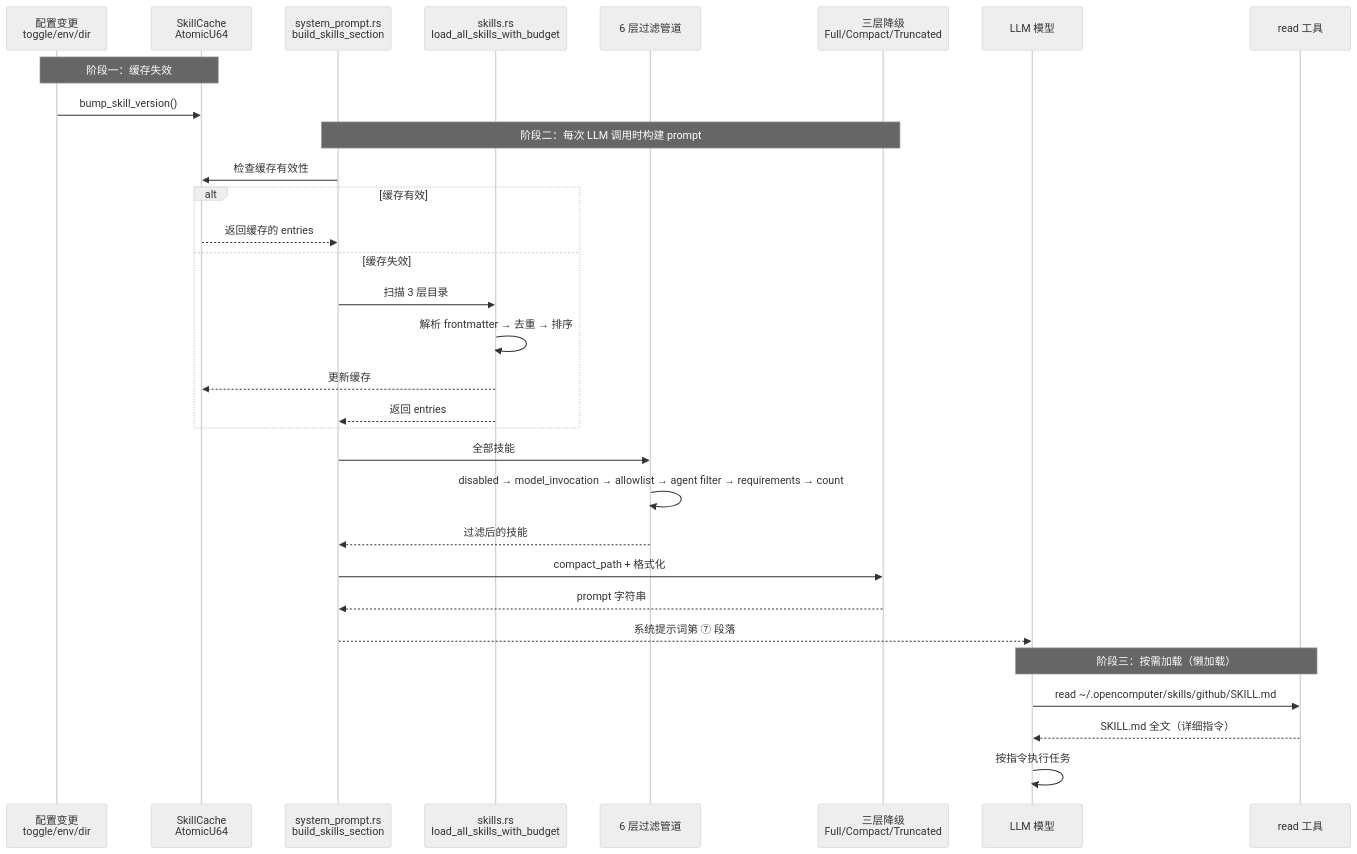
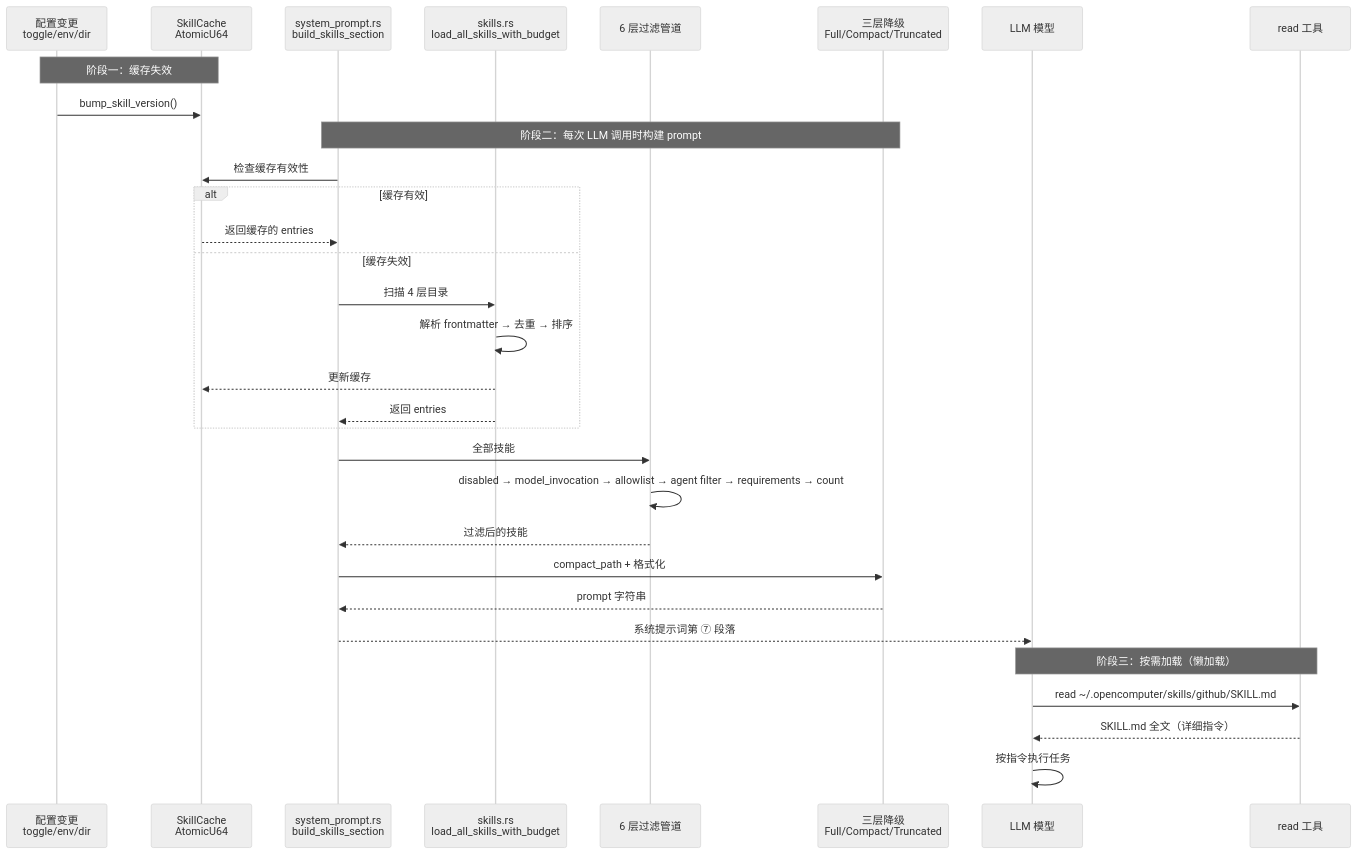
Diagram 13 of 14 in docs/architecture/skill-system.md (shiwenwen/hope-agent), drawn with Mermaid (neutral theme) before and after one commit. The commit also changed other lines of this file, not shown here.

````diff
--- a/docs/architecture/skill-system.md
+++ b/docs/architecture/skill-system.md
@@ -857,39 +866,39 @@
 ```mermaid
 sequenceDiagram
     participant CFG as 配置变更<br/>toggle/env/dir
     participant CACHE as SkillCache<br/>AtomicU64
     participant SP as system_prompt.rs<br/>build_skills_section
     participant LOAD as skills.rs<br/>load_all_skills_with_budget
     participant FILTER as 6 层过滤管道
     participant BUDGET as 三层降级<br/>Full/Compact/Truncated
     participant LLM as LLM 模型
     participant READ as read 工具
 
     Note over CFG,CACHE: 阶段一：缓存失效
     CFG->>CACHE: bump_skill_version()
 
     Note over SP,BUDGET: 阶段二：每次 LLM 调用时构建 prompt
     SP->>CACHE: 检查缓存有效性
     alt 缓存有效
         CACHE-->>SP: 返回缓存的 entries
     else 缓存失效
-        SP->>LOAD: 扫描 3 层目录
+        SP->>LOAD: 扫描 4 层目录
         LOAD->>LOAD: 解析 frontmatter → 去重 → 排序
         LOAD-->>CACHE: 更新缓存
         LOAD-->>SP: 返回 entries
     end
 
     SP->>FILTER: 全部技能
     FILTER->>FILTER: disabled → model_invocation → allowlist → agent filter → requirements → count
     FILTER-->>SP: 过滤后的技能
 
     SP->>BUDGET: compact_path + 格式化
     BUDGET-->>SP: prompt 字符串
 
     SP-->>LLM: 系统提示词第 ⑦ 段落
 
     Note over LLM,READ: 阶段三：按需加载（懒加载）
     LLM->>READ: read ~/.opencomputer/skills/github/SKILL.md
     READ-->>LLM: SKILL.md 全文（详细指令）
     LLM->>LLM: 按指令执行任务
 ```
````
